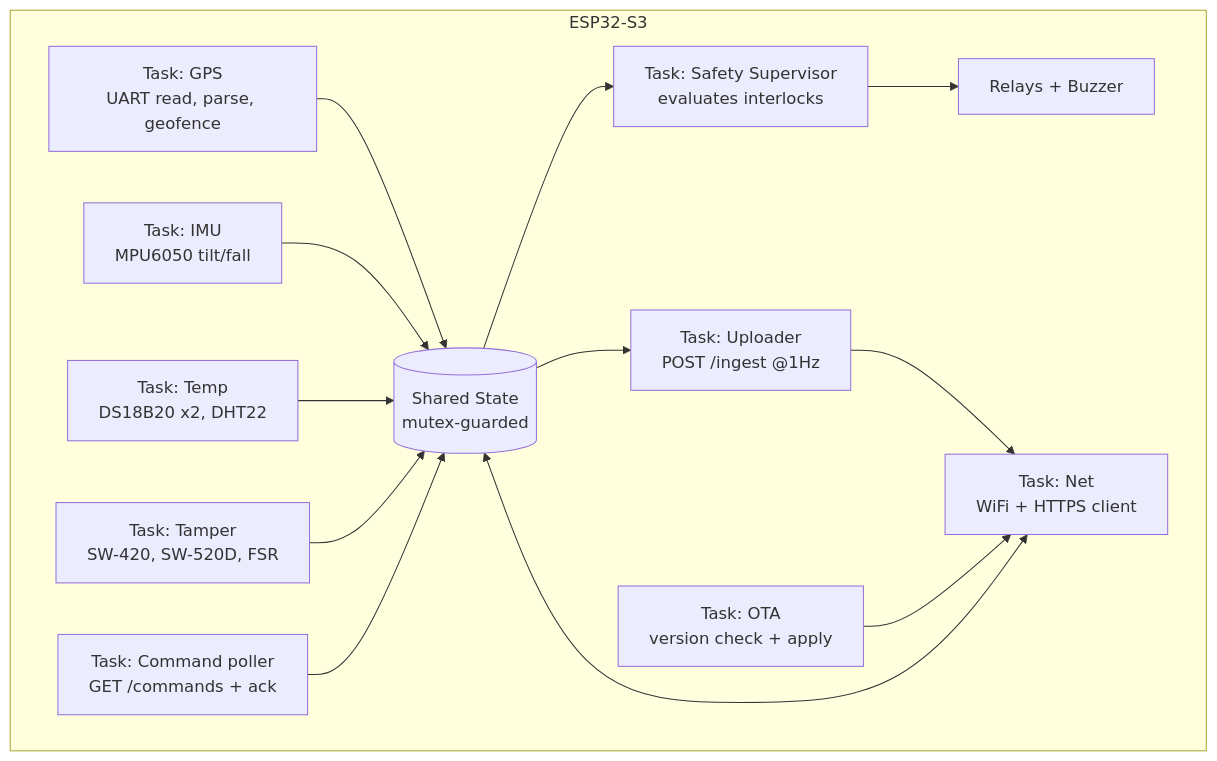
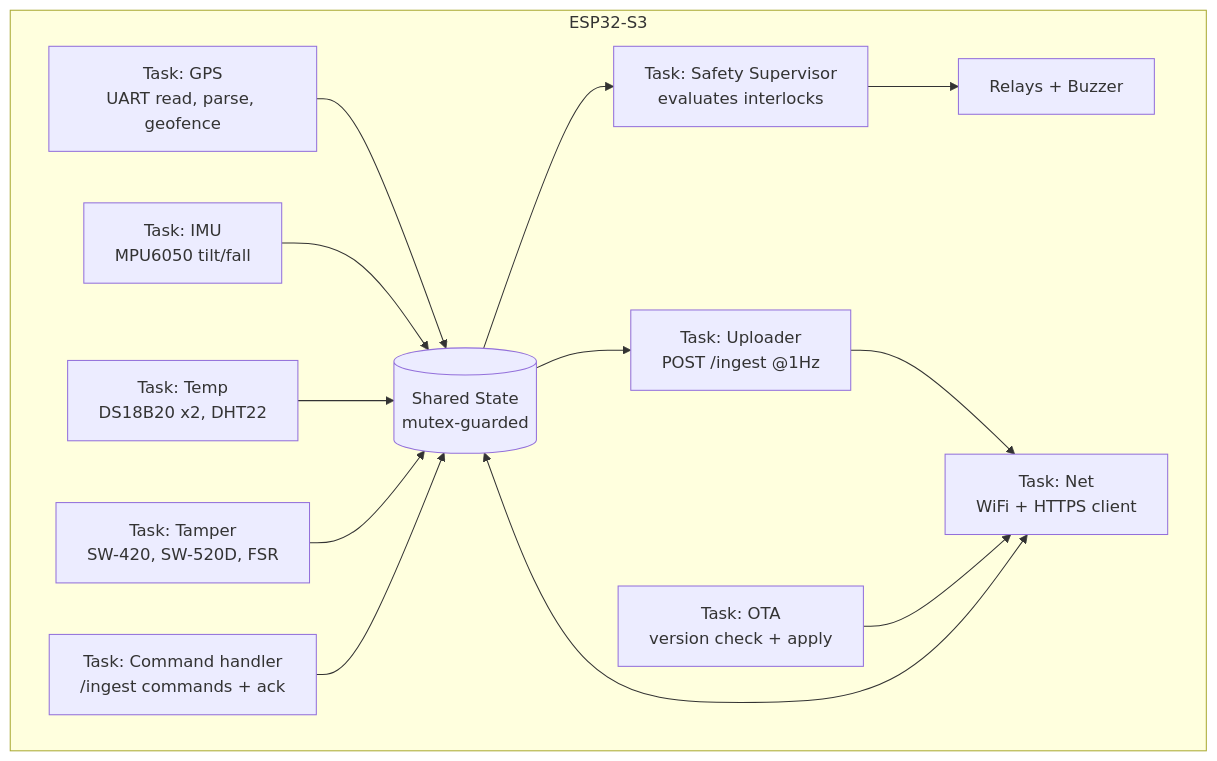
Before and after one commit to HasnainMemon04/Wheel_Chair_Project: the third of 3 diagrams in docs/ARCHITECTURE.md, drawn with Mermaid. The commit also changed other lines of this file and 204 other files, not shown here.

````diff
--- a/docs/ARCHITECTURE.md
+++ b/docs/ARCHITECTURE.md
@@ -69,16 +70,16 @@
 ```mermaid
 flowchart TB
   subgraph ESP32-S3
     T_GPS[Task: GPS\nUART read, parse, geofence] --> STATE[(Shared State\nmutex-guarded)]
     T_IMU[Task: IMU\nMPU6050 tilt/fall] --> STATE
     T_TEMP[Task: Temp\nDS18B20 x2, DHT22] --> STATE
     T_TAMPER[Task: Tamper\nSW-420, SW-520D, FSR] --> STATE
     T_SAFE[Task: Safety Supervisor\nevaluates interlocks] --> ACT[Relays + Buzzer]
     STATE --> T_SAFE
     T_NET[Task: Net\nWiFi + HTTPS client] <--> STATE
     T_PUB[Task: Uploader\nPOST /ingest @1Hz] --> T_NET
     STATE --> T_PUB
-    T_CMD[Task: Command poller\nGET /commands + ack] --> STATE
+    T_CMD[Task: Command handler\n/ingest commands + ack] --> STATE
     T_OTA[Task: OTA\nversion check + apply] --> T_NET
   end
 ```
````
